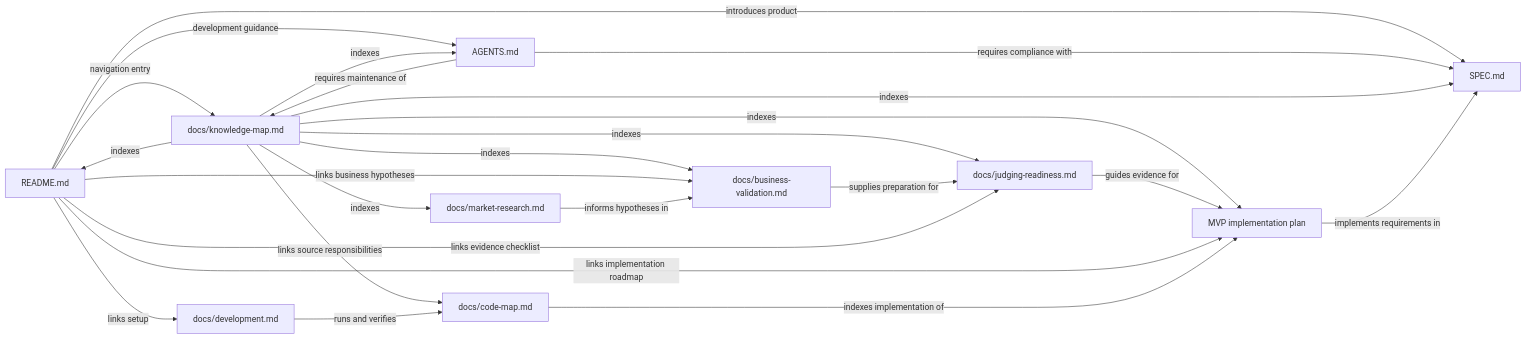
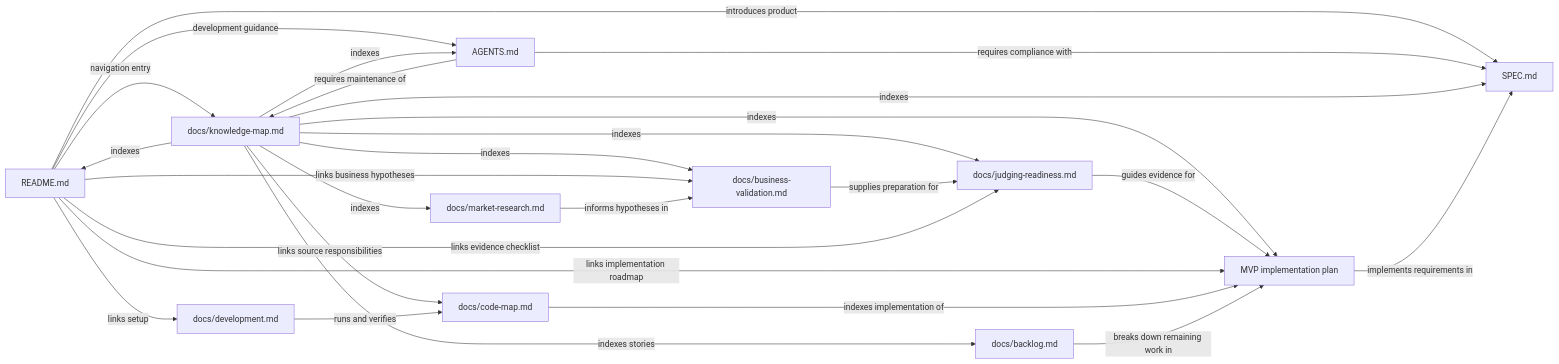
The diagram in docs/knowledge-map.md (DuztyMusketear/Print_Assist), drawn with Mermaid before and after one commit. The commit also changed other lines of this file and 1 other file, not shown here.

Commit message:
Document remaining MVP phase backlog

````diff
--- a/docs/knowledge-map.md
+++ b/docs/knowledge-map.md
@@ -11,26 +11,28 @@
 ```mermaid
 graph LR
     README["README.md"] -->|introduces product| SPEC["SPEC.md"]
     README -->|navigation entry| MAP["docs/knowledge-map.md"]
     README -->|development guidance| RULES["AGENTS.md"]
     RULES -->|requires compliance with| SPEC
     RULES -->|requires maintenance of| MAP
     MAP -->|indexes| README
     MAP -->|indexes| SPEC
     MAP -->|indexes| RULES
     PLAN["MVP implementation plan"] -->|implements requirements in| SPEC
     MAP -->|indexes| PLAN
     JUDGING["docs/judging-readiness.md"] -->|guides evidence for| PLAN
     MAP -->|indexes| JUDGING
     BUSINESS["docs/business-validation.md"] -->|supplies preparation for| JUDGING
     MAP -->|indexes| BUSINESS
     README -->|links implementation roadmap| PLAN
     README -->|links evidence checklist| JUDGING
     README -->|links business hypotheses| BUSINESS
     RESEARCH["docs/market-research.md"] -->|informs hypotheses in| BUSINESS
     MAP -->|indexes| RESEARCH
     CODE["docs/code-map.md"] -->|indexes implementation of| PLAN
     MAP -->|links source responsibilities| CODE
     DEV["docs/development.md"] -->|runs and verifies| CODE
     README -->|links setup| DEV
+    BACKLOG["docs/backlog.md"] -->|breaks down remaining work in| PLAN
+    MAP -->|indexes stories| BACKLOG
 ```
````
